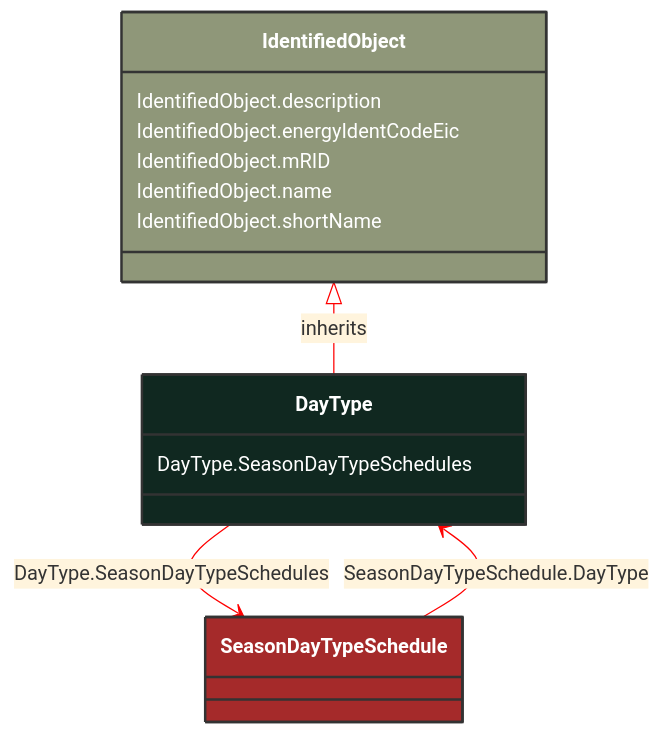
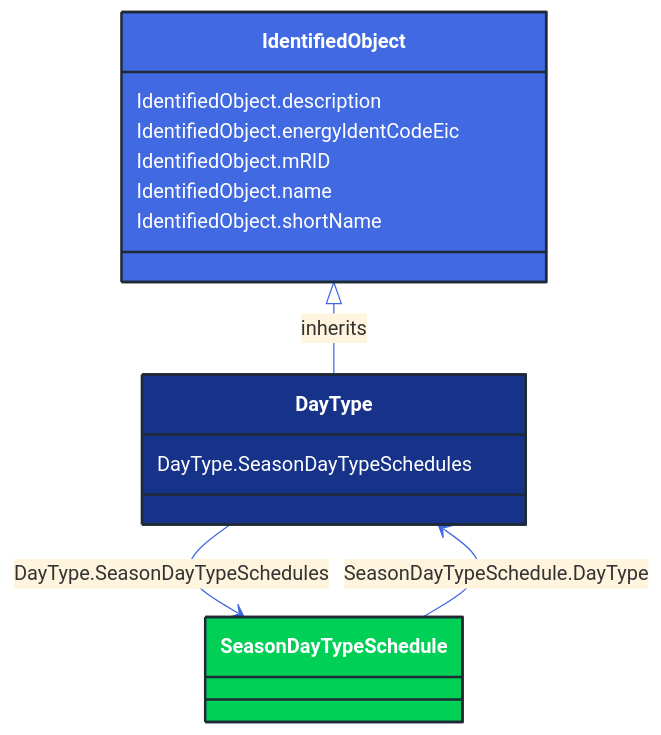
One commit to 3lbits/NoCIMExtensions changed the diagram in docs/Models/Profiles/CoreEquipment/ConcreteClasses/DayType.md. Above: the diagram before and after it, drawn with Mermaid. The commit also changed 362 other files, not shown here.

First line of the commit message:
Update diagrams and styles for improved visual consistency

````diff
--- a/docs/Models/Profiles/CoreEquipment/ConcreteClasses/DayType.md
+++ b/docs/Models/Profiles/CoreEquipment/ConcreteClasses/DayType.md
@@ -8,31 +8,31 @@
 ```mermaid
-%%{init: {'theme':'base','themeVariables': {'lineColor': '#FF0000'}}}%%
+%%{init: {'theme':'base','themeVariables': {'lineColor': '#4169E1'}}}%%
 classDiagram
     class DayType
     click DayType href "/Models/Profiles/CoreEquipment/ConcreteClasses/DayType/"
-    style DayType fill:#102820,stroke:#333,stroke-width:2px,rx:10,ry:10,color:white
+    style DayType fill:#163289,stroke:#1F2A37,stroke-width:2px,rx:10,ry:10,color:white
      
         IdentifiedObject <|-- DayType : inherits
             click IdentifiedObject href "/Models/Profiles/CoreEquipment/AbstractClasses/IdentifiedObject/"
-            style IdentifiedObject fill:#8F9779,stroke:#333,stroke-width:2px,rx:10,ry:10,color:white
+            style IdentifiedObject fill:#4169E1,stroke:#1F2A37,stroke-width:2px,rx:10,ry:10,color:white
 
         DayType --> SeasonDayTypeSchedule : DayType.SeasonDayTypeSchedules
 
         SeasonDayTypeSchedule
             click SeasonDayTypeSchedule href "/Models/Profiles/CoreEquipment/AbstractClasses/SeasonDayTypeSchedule/"
-            style SeasonDayTypeSchedule fill:#A52A2A,stroke:#333,stroke-width:2px,rx:10,ry:10,color:white
+            style SeasonDayTypeSchedule fill:#00D156,stroke:#1F2A37,stroke-width:2px,rx:10,ry:10,color:white
 
         SeasonDayTypeSchedule --> DayType : SeasonDayTypeSchedule.DayType
 
         SeasonDayTypeSchedule
             click SeasonDayTypeSchedule href "/Models/Profiles/CoreEquipment/AbstractClasses/SeasonDayTypeSchedule/"
-            style SeasonDayTypeSchedule fill:#A52A2A,stroke:#333,stroke-width:2px,rx:10,ry:10,color:white
+            style SeasonDayTypeSchedule fill:#00D156,stroke:#1F2A37,stroke-width:2px,rx:10,ry:10,color:white
 
 
         DayType : DayType.SeasonDayTypeSchedules
         IdentifiedObject : IdentifiedObject.description
         IdentifiedObject : IdentifiedObject.energyIdentCodeEic
         IdentifiedObject : IdentifiedObject.mRID
         IdentifiedObject : IdentifiedObject.name
         IdentifiedObject : IdentifiedObject.shortName
 ```
````
